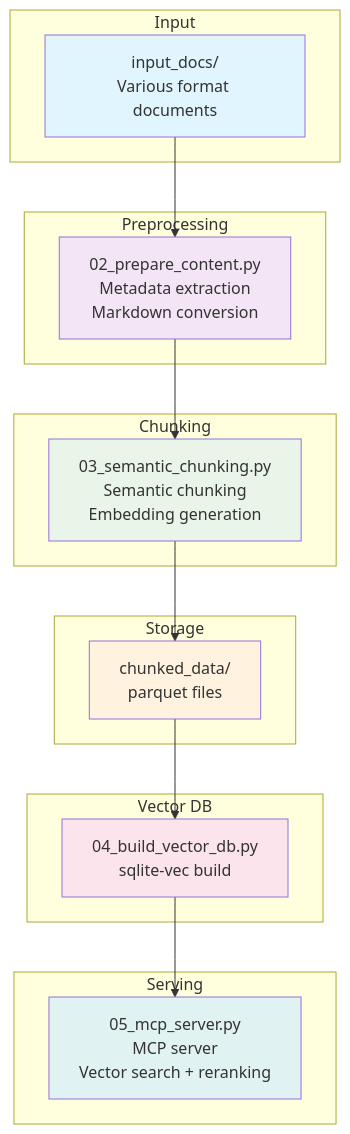
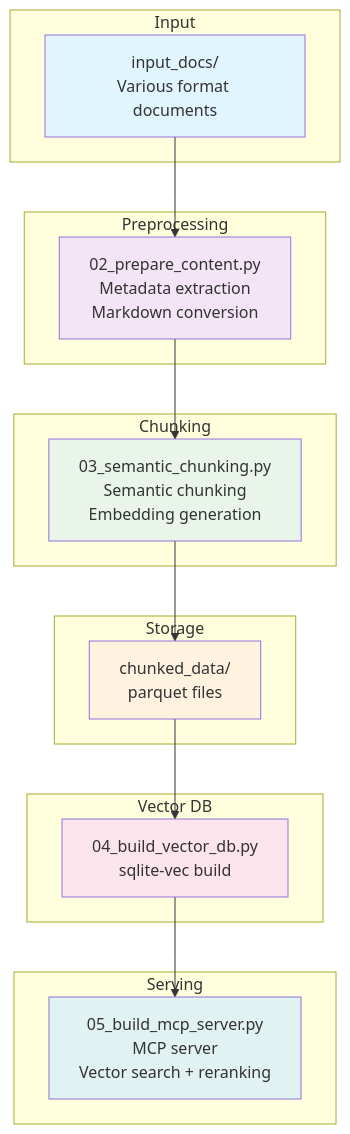
Before and after one commit to rkttu/reconsidered_rag: the diagram in IMPLEMENTATION.md, drawn with Mermaid. The commit also changed other lines of this file and 7 other files, not shown here.

Commit message:
Refactor MCP server references to use 05_build_mcp_server.py instead of 05_mcp_server.py across all relevant files, including configuration, documentation, and entrypoint scripts.

````diff
--- a/IMPLEMENTATION.md
+++ b/IMPLEMENTATION.md
@@ -11,39 +11,39 @@
 ```mermaid
 flowchart TD
     subgraph "Input"
         A[input_docs/<br/>Various format documents]
     end
     
     subgraph "Preprocessing"
         B[02_prepare_content.py<br/>Metadata extraction<br/>Markdown conversion]
     end
     
     subgraph "Chunking"
         C[03_semantic_chunking.py<br/>Semantic chunking<br/>Embedding generation]
     end
     
     subgraph "Storage"
         D[chunked_data/<br/>parquet files]
     end
     
     subgraph "Vector DB"
         E[04_build_vector_db.py<br/>sqlite-vec build]
     end
     
     subgraph "Serving"
-        F[05_mcp_server.py<br/>MCP server<br/>Vector search + reranking]
+        F[05_build_mcp_server.py<br/>MCP server<br/>Vector search + reranking]
     end
     
     A --> B
     B --> C
     C --> D
     D --> E
     E --> F
     
     style A fill:#e1f5fe
     style B fill:#f3e5f5
     style C fill:#e8f5e8
     style D fill:#fff3e0
     style E fill:#fce4ec
     style F fill:#e0f2f1
 ```
````
